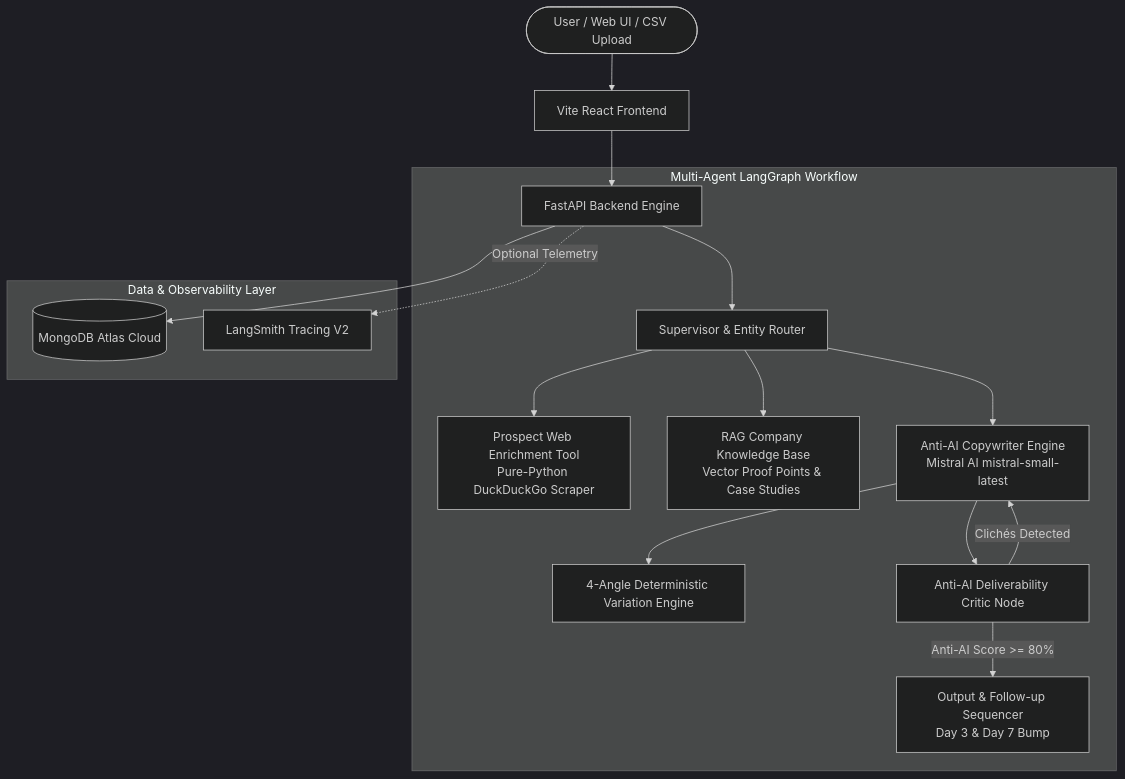
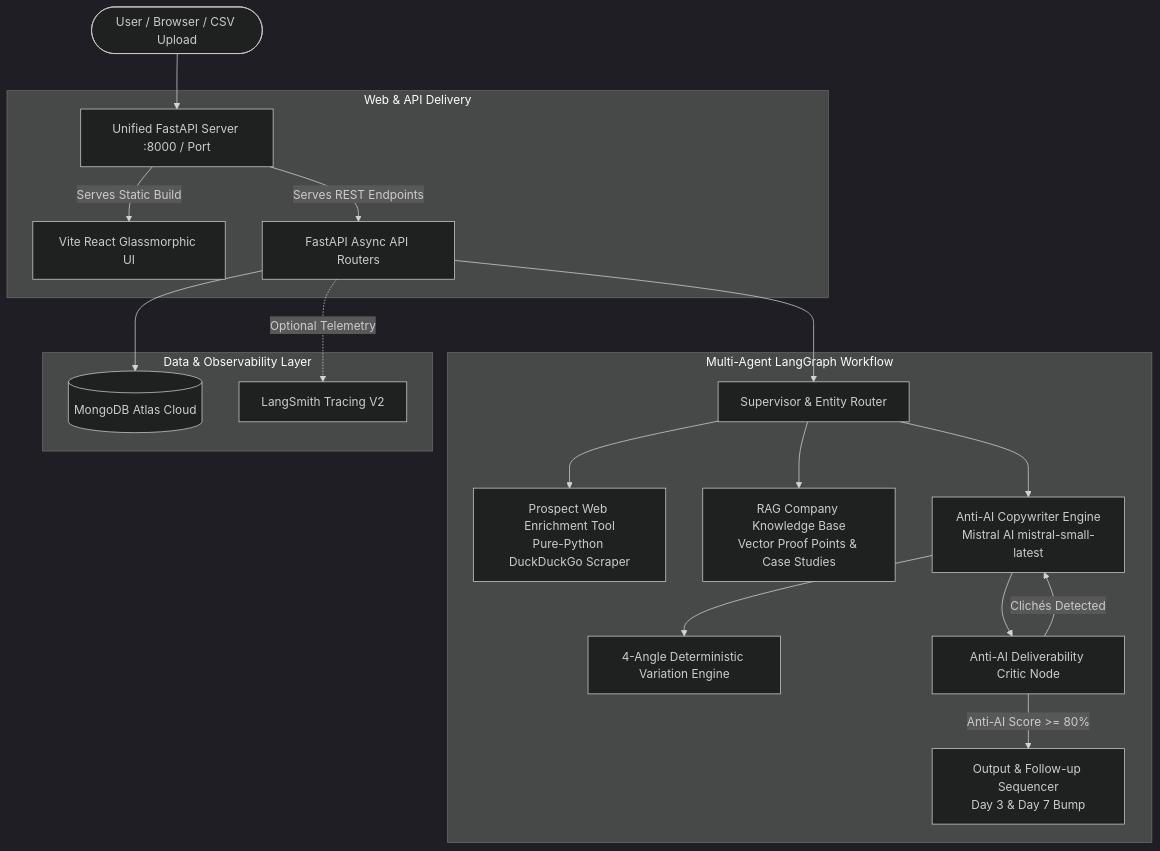
Before and after one commit to salman712225/Cold-Outreach-Personaliser: the diagram in README.md, drawn with Mermaid (dark theme). The commit also changed other lines of this file and 4 other files, not shown here.

````diff
--- a/README.md
+++ b/README.md
@@ -68,23 +88,27 @@
 ```mermaid
 graph TD
-    User([User / Web UI / CSV Upload]) --> Frontend[Vite React Frontend]
-    Frontend --> FastAPI[FastAPI Backend Engine]
+    User([User / Browser / CSV Upload]) --> UnifiedApp[Unified FastAPI Server :8000 / Port]
+    
+    subgraph Web & API Delivery
+        UnifiedApp -->|Serves Static Build| ReactSPA[Vite React Glassmorphic UI]
+        UnifiedApp -->|Serves REST Endpoints| APIRouter[FastAPI Async API Routers]
+    end
 
     subgraph Multi-Agent LangGraph Workflow
-        FastAPI --> Supervisor[Supervisor & Entity Router]
+        APIRouter --> Supervisor[Supervisor & Entity Router]
         Supervisor --> WebEnrichment[Prospect Web Enrichment Tool\nPure-Python DuckDuckGo Scraper]
         Supervisor --> RAGEngine[RAG Company Knowledge Base\nVector Proof Points & Case Studies]
         Supervisor --> Copywriter[Anti-AI Copywriter Engine\nMistral AI mistral-small-latest]
         
         Copywriter --> DynamicFallback[4-Angle Deterministic Variation Engine]
         Copywriter --> CriticNode[Anti-AI Deliverability Critic Node]
         
         CriticNode -->|Anti-AI Score >= 80%| Output[Output & Follow-up Sequencer\nDay 3 & Day 7 Bump]
         CriticNode -->|Clichés Detected| Copywriter
     end
 
     subgraph Data & Observability Layer
-        FastAPI --> MongoDB[(MongoDB Atlas Cloud)]
-        FastAPI -.->|Optional Telemetry| LangSmith[LangSmith Tracing V2]
+        APIRouter --> MongoDB[(MongoDB Atlas Cloud)]
+        APIRouter -.->|Optional Telemetry| LangSmith[LangSmith Tracing V2]
     end
 ```
````
